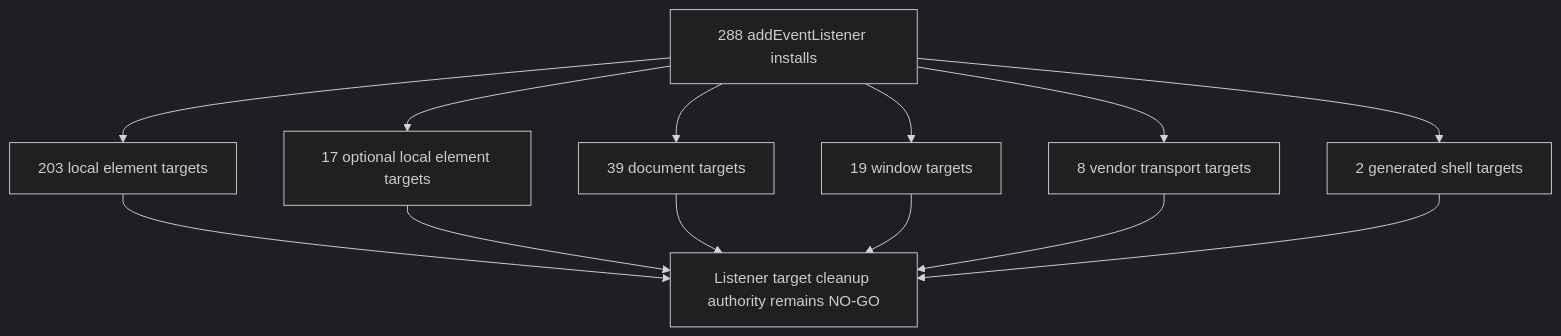
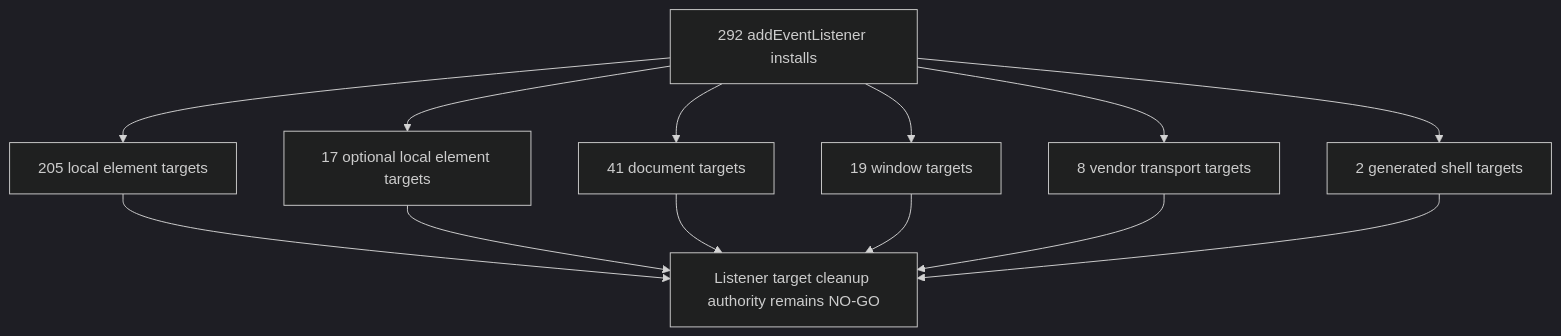
One commit to varshneydevansh/FilterTube changed the fourth of 47 diagrams in docs/audit/FILTERTUBE_LIFECYCLE_INSTANCE_REGISTER_2026-05-18.md. Above: the diagram before and after it, drawn with Mermaid (dark theme). The commit also changed other lines of this file and 8 other files, not shown here.

````diff
--- a/docs/audit/FILTERTUBE_LIFECYCLE_INSTANCE_REGISTER_2026-05-18.md
+++ b/docs/audit/FILTERTUBE_LIFECYCLE_INSTANCE_REGISTER_2026-05-18.md
@@ -351,15 +351,15 @@
 ```mermaid
 flowchart TD
-  A["288 addEventListener installs"] --> B["203 local element targets"]
+  A["292 addEventListener installs"] --> B["205 local element targets"]
   A --> C["17 optional local element targets"]
-  A --> D["39 document targets"]
+  A --> D["41 document targets"]
   A --> E["19 window targets"]
   A --> F["8 vendor transport targets"]
   A --> G["2 generated shell targets"]
   B --> H["Listener target cleanup authority remains NO-GO"]
   C --> H
   D --> H
   E --> H
   F --> H
   G --> H
 ```
````
